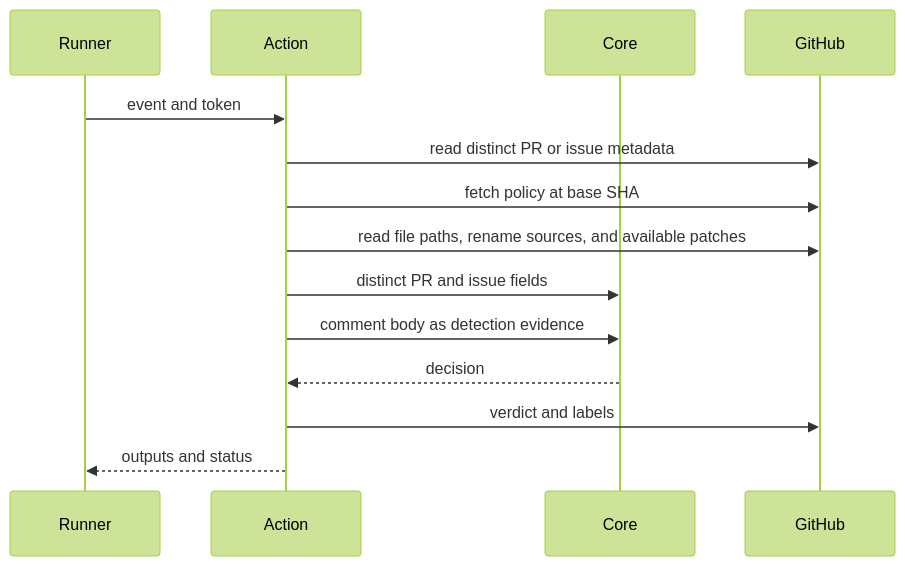
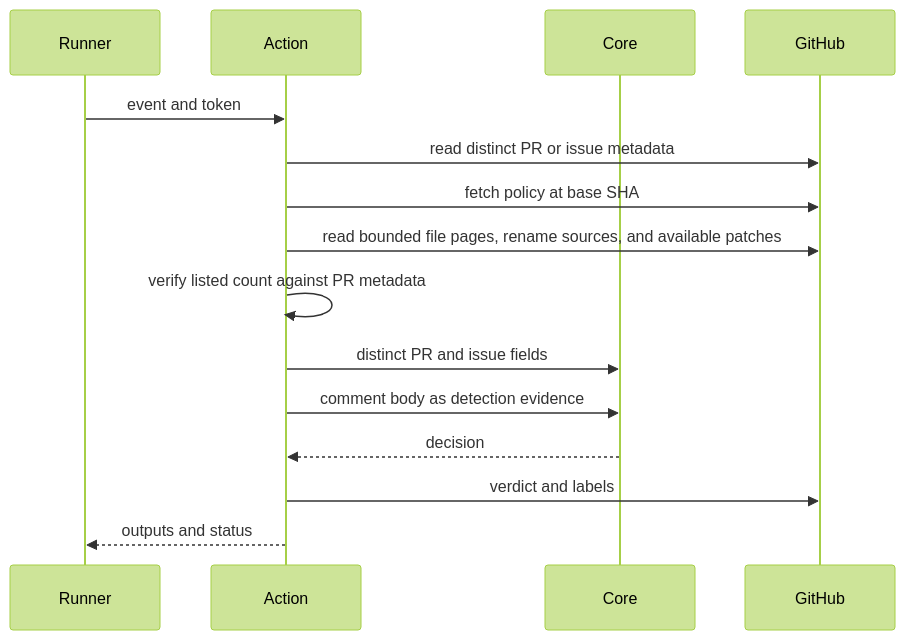
One commit to streamentry/AGENTOWNERS changed the second of 2 diagrams in packages/github-action/AGENTS.md. Above: the diagram before and after it, drawn with Mermaid (forest theme). The commit also changed other lines of this file and 11 other files, not shown here.

````diff
--- a/packages/github-action/AGENTS.md
+++ b/packages/github-action/AGENTS.md
@@ -37,16 +38,17 @@
 ```mermaid
 sequenceDiagram
   participant Runner
   participant Action
   participant Core
   participant GitHub
   Runner->>Action: event and token
   Action->>GitHub: read distinct PR or issue metadata
   Action->>GitHub: fetch policy at base SHA
-  Action->>GitHub: read file paths, rename sources, and available patches
+  Action->>GitHub: read bounded file pages, rename sources, and available patches
+  Action->>Action: verify listed count against PR metadata
   Action->>Core: distinct PR and issue fields
   Action->>Core: comment body as detection evidence
   Core-->>Action: decision
   Action->>GitHub: verdict and labels
   Action-->>Runner: outputs and status
 ```
````
